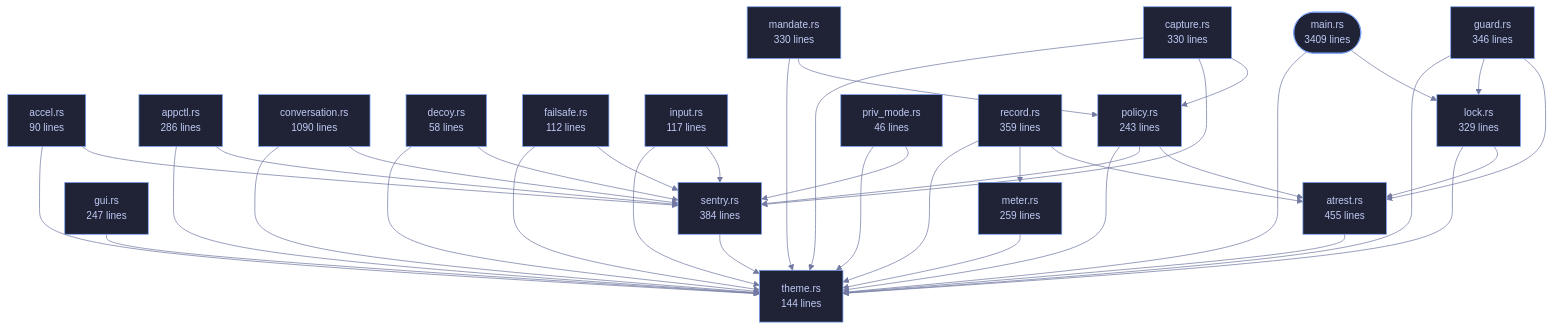
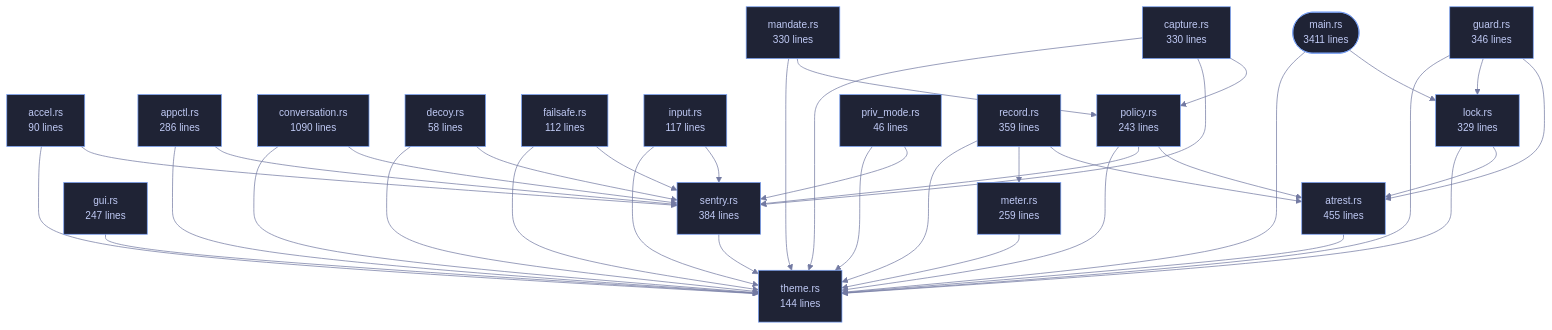
One commit to tilas01/veilvoice changed the diagram in crates/veilvoice-cli/README.md. Above: the diagram before and after it, drawn with Mermaid. The commit also changed other lines of this file and 68 other files, not shown here.

````diff
--- a/crates/veilvoice-cli/README.md
+++ b/crates/veilvoice-cli/README.md
@@ -110,78 +110,78 @@
 ```mermaid
 %%{init: {"theme":"base","themeVariables":{"background":"#1a1b26","primaryColor":"#1f2335","primaryTextColor":"#c0caf5","primaryBorderColor":"#7aa2f7","secondaryColor":"#16161e","tertiaryColor":"#16161e","lineColor":"#737aa2","textColor":"#c0caf5","mainBkg":"#1f2335","nodeBorder":"#7aa2f7","clusterBkg":"#16161e","clusterBorder":"#2f3549","fontFamily":"ui-monospace, SFMono-Regular, Consolas, monospace","fontSize":"14px"}}}%%
 flowchart TD
-    n_main(["main.rs<br/>3409 lines"])
+    n_main(["main.rs<br/>3411 lines"])
     n_accel["accel.rs<br/>90 lines"]
     n_appctl["appctl.rs<br/>286 lines"]
     n_atrest["atrest.rs<br/>455 lines"]
     n_capture["capture.rs<br/>330 lines"]
     n_conversation["conversation.rs<br/>1090 lines"]
     n_decoy["decoy.rs<br/>58 lines"]
     n_failsafe["failsafe.rs<br/>112 lines"]
     n_guard["guard.rs<br/>346 lines"]
     n_gui["gui.rs<br/>247 lines"]
     n_input["input.rs<br/>117 lines"]
     n_lock["lock.rs<br/>329 lines"]
     n_mandate["mandate.rs<br/>330 lines"]
     n_meter["meter.rs<br/>259 lines"]
     n_policy["policy.rs<br/>243 lines"]
     n_priv_mode["priv_mode.rs<br/>46 lines"]
     n_record["record.rs<br/>359 lines"]
     n_sentry["sentry.rs<br/>384 lines"]
     n_theme["theme.rs<br/>144 lines"]
     n_accel --> n_sentry
     n_accel --> n_theme
     n_appctl --> n_sentry
     n_appctl --> n_theme
     n_atrest --> n_theme
     n_capture --> n_policy
     n_capture --> n_sentry
     n_capture --> n_theme
     n_conversation --> n_sentry
     n_conversation --> n_theme
     n_decoy --> n_sentry
     n_decoy --> n_theme
     n_failsafe --> n_sentry
     n_failsafe --> n_theme
     n_guard --> n_atrest
     n_guard --> n_lock
     n_guard --> n_theme
     n_gui --> n_theme
     n_input --> n_sentry
     n_input --> n_theme
     n_lock --> n_atrest
     n_lock --> n_theme
     n_main --> n_lock
     n_main --> n_theme
     n_mandate --> n_policy
     n_mandate --> n_theme
     n_meter --> n_theme
     n_policy --> n_atrest
     n_policy --> n_sentry
     n_policy --> n_theme
     n_priv_mode --> n_sentry
     n_priv_mode --> n_theme
     n_record --> n_atrest
     n_record --> n_meter
     n_record --> n_theme
     n_sentry --> n_theme
     click n_main href "https://github.com/tilas01/veilvoice/blob/main/crates/veilvoice-cli/src/main.rs" "open the source"
     click n_accel href "https://github.com/tilas01/veilvoice/blob/main/crates/veilvoice-cli/src/accel.rs" "open the source"
     click n_appctl href "https://github.com/tilas01/veilvoice/blob/main/crates/veilvoice-cli/src/appctl.rs" "open the source"
     click n_atrest href "https://github.com/tilas01/veilvoice/blob/main/crates/veilvoice-cli/src/atrest.rs" "open the source"
     click n_capture href "https://github.com/tilas01/veilvoice/blob/main/crates/veilvoice-cli/src/capture.rs" "open the source"
     click n_conversation href "https://github.com/tilas01/veilvoice/blob/main/crates/veilvoice-cli/src/conversation.rs" "open the source"
     click n_decoy href "https://github.com/tilas01/veilvoice/blob/main/crates/veilvoice-cli/src/decoy.rs" "open the source"
     click n_failsafe href "https://github.com/tilas01/veilvoice/blob/main/crates/veilvoice-cli/src/failsafe.rs" "open the source"
     click n_guard href "https://github.com/tilas01/veilvoice/blob/main/crates/veilvoice-cli/src/guard.rs" "open the source"
     click n_gui href "https://github.com/tilas01/veilvoice/blob/main/crates/veilvoice-cli/src/gui.rs" "open the source"
     click n_input href "https://github.com/tilas01/veilvoice/blob/main/crates/veilvoice-cli/src/input.rs" "open the source"
     click n_lock href "https://github.com/tilas01/veilvoice/blob/main/crates/veilvoice-cli/src/lock.rs" "open the source"
     click n_mandate href "https://github.com/tilas01/veilvoice/blob/main/crates/veilvoice-cli/src/mandate.rs" "open the source"
     click n_meter href "https://github.com/tilas01/veilvoice/blob/main/crates/veilvoice-cli/src/meter.rs" "open the source"
     click n_policy href "https://github.com/tilas01/veilvoice/blob/main/crates/veilvoice-cli/src/policy.rs" "open the source"
     click n_priv_mode href "https://github.com/tilas01/veilvoice/blob/main/crates/veilvoice-cli/src/priv_mode.rs" "open the source"
     click n_record href "https://github.com/tilas01/veilvoice/blob/main/crates/veilvoice-cli/src/record.rs" "open the source"
     click n_sentry href "https://github.com/tilas01/veilvoice/blob/main/crates/veilvoice-cli/src/sentry.rs" "open the source"
     click n_theme href "https://github.com/tilas01/veilvoice/blob/main/crates/veilvoice-cli/src/theme.rs" "open the source"
 ```
````
